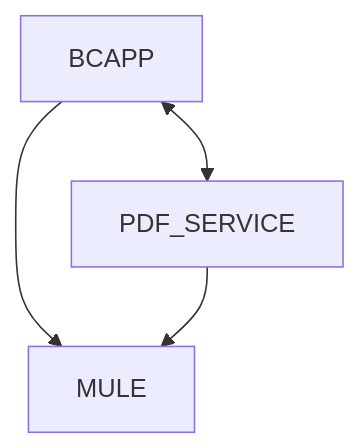
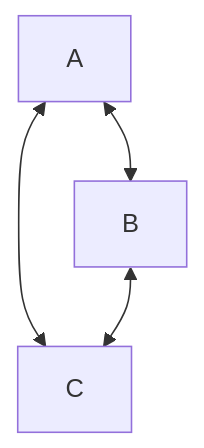
One commit to Kravatka/brain-training changed the diagram in README.md. Above: the diagram before and after it, drawn with Mermaid.

````diff
--- a/README.md
+++ b/README.md
@@ -3,6 +3,6 @@
 ```mermaid
   graph TD;
-      BCAPP<-->PDF_SERVICE;
-      BCAPP-->MULE;
-      PDF_SERVICE-->MULE;
+      A<-->B;
+      A<-->C;
+      B<-->C;
 ```
````
